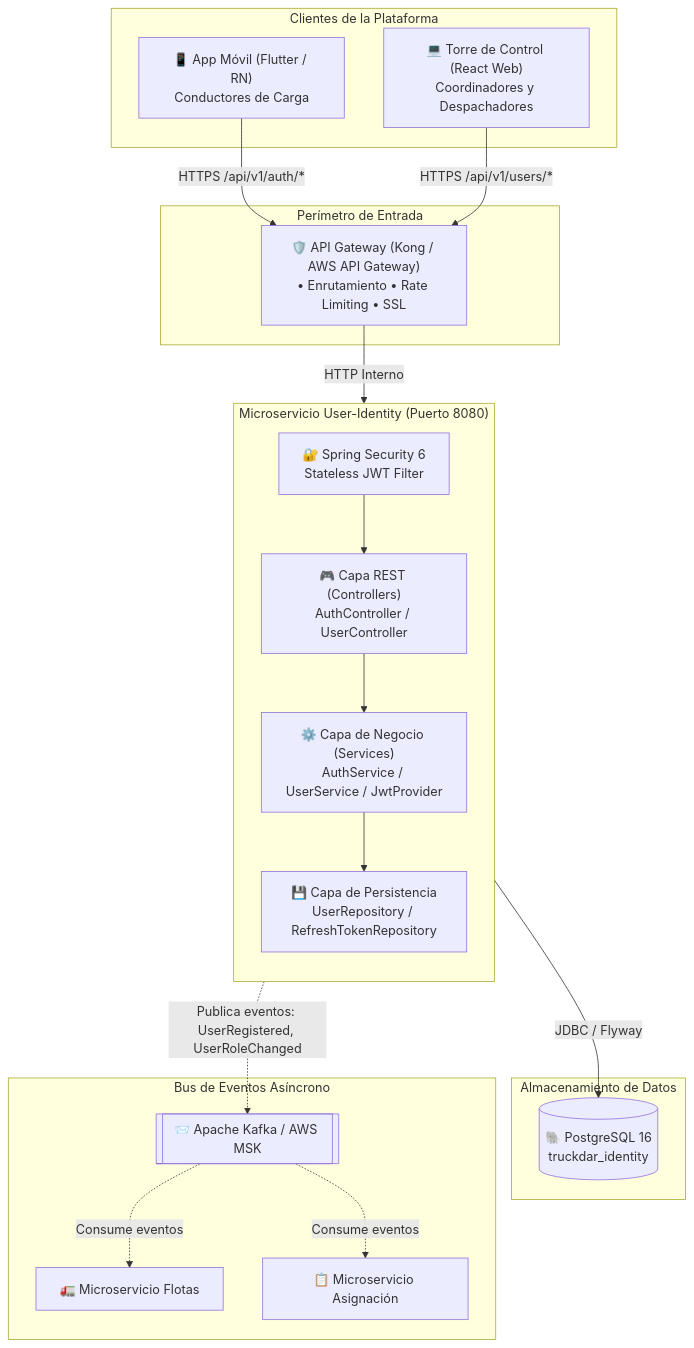
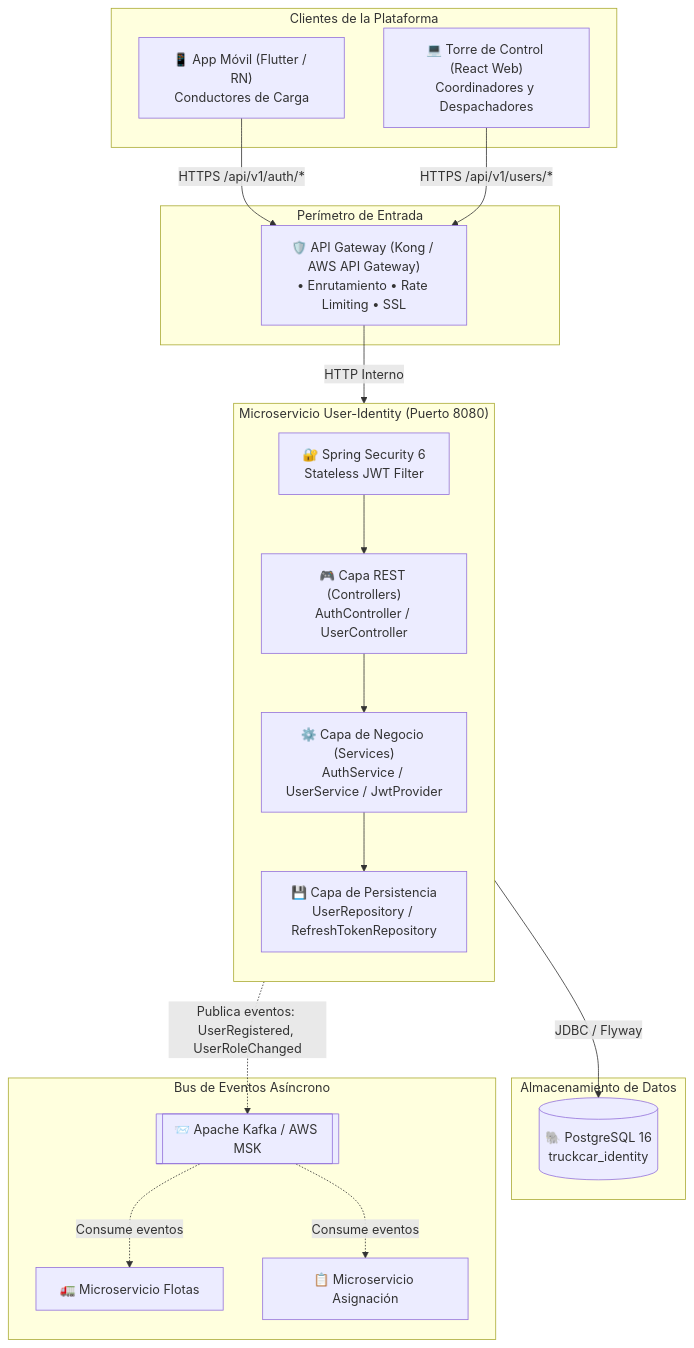
The first of 5 diagrams in README.md (TRUCKCAR-APP/User-Identity), drawn with Mermaid before and after one commit. The commit also changed other lines of this file and 99 other files, not shown here.

````diff
--- a/README.md
+++ b/README.md
@@ -28,41 +28,41 @@
 ```mermaid
 flowchart TB
     subgraph Clientes["Clientes de la Plataforma"]
         MobileApp["📱 App Móvil (Flutter / RN)<br/>Conductores de Carga"]
         WebPanel["💻 Torre de Control (React Web)<br/>Coordinadores y Despachadores"]
     end
 
     subgraph Perimetro["Perímetro de Entrada"]
         ApiGateway["🛡️ API Gateway (Kong / AWS API Gateway)<br/>• Enrutamiento • Rate Limiting • SSL"]
     end
 
     subgraph UserIdentityBoundary["Microservicio User-Identity (Puerto 8080)"]
         direction TB
         Security["🔐 Spring Security 6<br/>Stateless JWT Filter"]
         RestControllers["🎮 Capa REST (Controllers)<br/>AuthController / UserController"]
         BusinessServices["⚙️ Capa de Negocio (Services)<br/>AuthService / UserService / JwtProvider"]
         DataRepositories["💾 Capa de Persistencia<br/>UserRepository / RefreshTokenRepository"]
         
         Security --> RestControllers
         RestControllers --> BusinessServices
         BusinessServices --> DataRepositories
     end
 
     subgraph Datos["Almacenamiento de Datos"]
-        PostgresDB[("🐘 PostgreSQL 16<br/>truckdar_identity")]
+        PostgresDB[("🐘 PostgreSQL 16<br/>truckcar_identity")]
     end
 
     subgraph Eventos["Bus de Eventos Asíncrono"]
         KafkaBus[["📨 Apache Kafka / AWS MSK"]]
         FleetsService["🚛 Microservicio Flotas"]
         DispatchService["📋 Microservicio Asignación"]
     end
 
     MobileApp -->|"HTTPS /api/v1/auth/*"| ApiGateway
     WebPanel -->|"HTTPS /api/v1/users/*"| ApiGateway
     ApiGateway -->|"HTTP Interno"| Security
     DataRepositories -->|"JDBC / Flyway"| PostgresDB
     BusinessServices -.->|"Publica eventos: UserRegistered, UserRoleChanged"| KafkaBus
     KafkaBus -.->|"Consume eventos"| FleetsService
     KafkaBus -.->|"Consume eventos"| DispatchService
 ```
````
